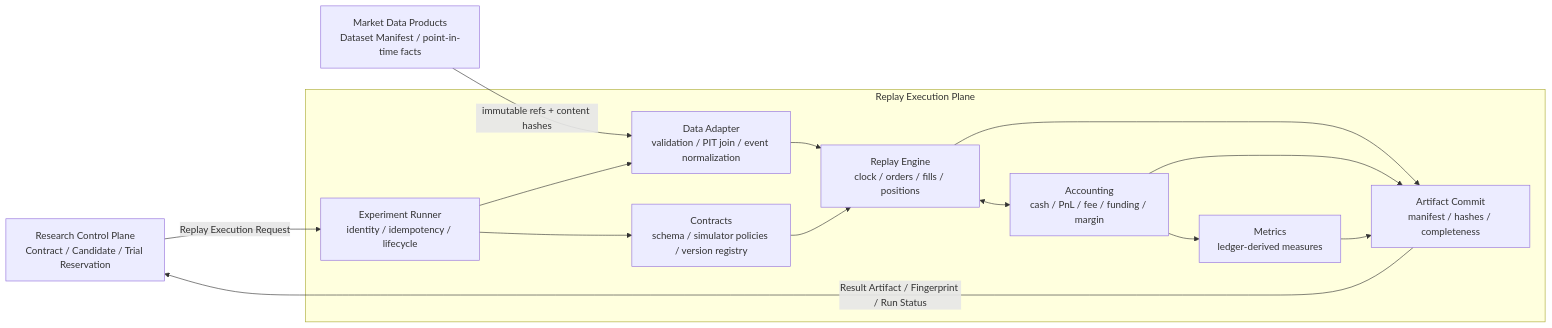
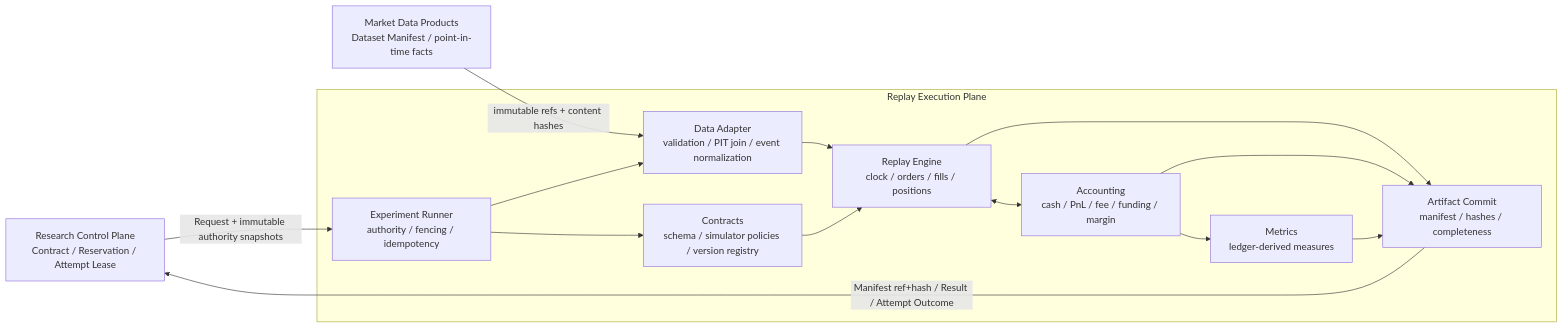
The diagram in docs/rd-replay-execution-plane-design.md (qOeOp/trade), drawn with Mermaid before and after one commit. The commit also changed other lines of this file and 1 other file, not shown here.

Commit message:
Document resumable Replay execution boundaries

````diff
--- a/docs/rd-replay-execution-plane-design.md
+++ b/docs/rd-replay-execution-plane-design.md
@@ -37,26 +37,26 @@
 ```mermaid
 flowchart LR
-  CP["Research Control Plane\nContract / Candidate / Trial Reservation"] -->|"Replay Execution Request"| RR
+  CP["Research Control Plane\nContract / Reservation / Attempt Lease"] -->|"Request + immutable authority snapshots"| RR
   MD["Market Data Products\nDataset Manifest / point-in-time facts"] -->|"immutable refs + content hashes"| DA
 
   subgraph RP["Replay Execution Plane"]
-    RR["Experiment Runner\nidentity / idempotency / lifecycle"]
+    RR["Experiment Runner\nauthority / fencing / idempotency"]
     CT["Contracts\nschema / simulator policies / version registry"]
     DA["Data Adapter\nvalidation / PIT join / event normalization"]
     EN["Replay Engine\nclock / orders / fills / positions"]
     AC["Accounting\ncash / PnL / fee / funding / margin"]
     MT["Metrics\nledger-derived measures"]
     AR["Artifact Commit\nmanifest / hashes / completeness"]
     RR --> CT
     RR --> DA
     DA --> EN
     CT --> EN
     EN <--> AC
     AC --> MT
     EN --> AR
     AC --> AR
     MT --> AR
   end
 
-  AR -->|"Result Artifact / Fingerprint / Run Status"| CP
+  AR -->|"Manifest ref+hash / Result / Attempt Outcome"| CP
 ```
````
